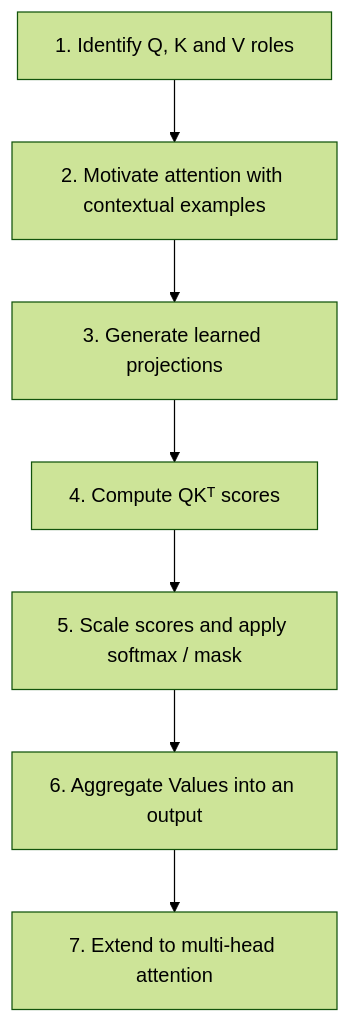
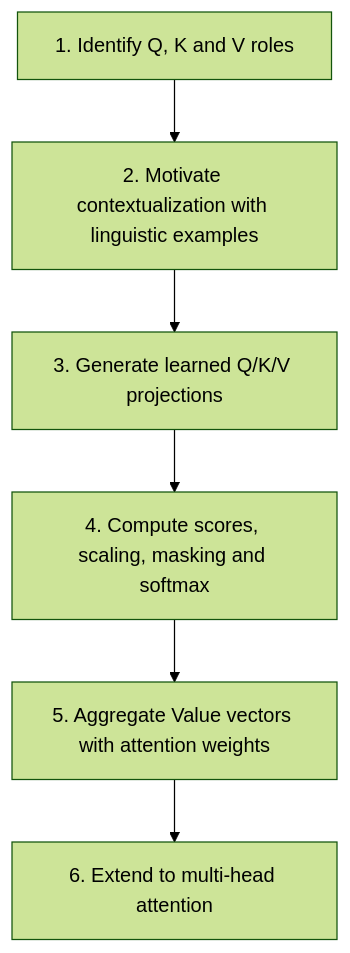
The second of 3 diagrams in docs/source-reviews/qkv-learning-graph-comparison-2026-11.md (JM-Brun/llm-lab), drawn with Mermaid (forest theme) before and after one commit.

Commit message:
Align source learning-route diagram with the article's six sections

````diff
--- a/docs/source-reviews/qkv-learning-graph-comparison-2026-11.md
+++ b/docs/source-reviews/qkv-learning-graph-comparison-2026-11.md
@@ -71,11 +71,10 @@
 ```mermaid
 flowchart TD
     A["1. Identify Q, K and V roles"]
-    B["2. Motivate attention with contextual examples"]
-    C["3. Generate learned projections"]
-    D["4. Compute QKᵀ scores"]
-    E["5. Scale scores and apply softmax / mask"]
-    F["6. Aggregate Values into an output"]
-    G["7. Extend to multi-head attention"]
-    A --> B --> C --> D --> E --> F --> G
+    B["2. Motivate contextualization with linguistic examples"]
+    C["3. Generate learned Q/K/V projections"]
+    D["4. Compute scores, scaling, masking and softmax"]
+    E["5. Aggregate Value vectors with attention weights"]
+    F["6. Extend to multi-head attention"]
+    A --> B --> C --> D --> E --> F
 ```
````
